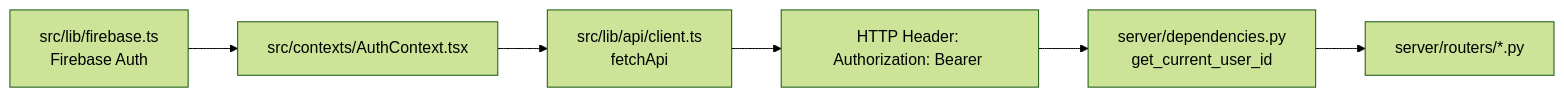
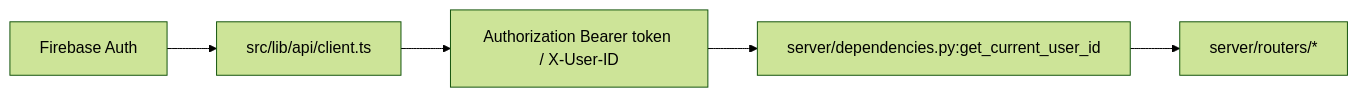
One commit to Shawn-csy/write_project changed the second of 2 diagrams in docs/product/data-flows.md. Above: the diagram before and after it, drawn with Mermaid (forest theme). The commit also changed other lines of this file and 6 other files, not shown here.

````diff
--- a/docs/product/data-flows.md
+++ b/docs/product/data-flows.md
@@ -209,8 +63,7 @@
 ```mermaid
 flowchart LR
-  A[src/lib/firebase.ts\nFirebase Auth] --> B[src/contexts/AuthContext.tsx]
-  B --> C[src/lib/api/client.ts\nfetchApi]
-  C --> D[HTTP Header: Authorization: Bearer <id_token>]
-  D --> E[server/dependencies.py\nget_current_user_id]
-  E --> F[server/routers/*.py]
+  Auth[Firebase Auth] --> Client[src/lib/api/client.ts]
+  Client --> Header[Authorization Bearer token / X-User-ID]
+  Header --> Dep[server/dependencies.py:get_current_user_id]
+  Dep --> Routers[server/routers/*]
 ```
````
